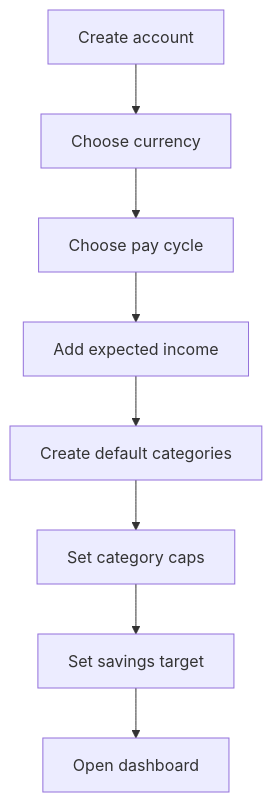
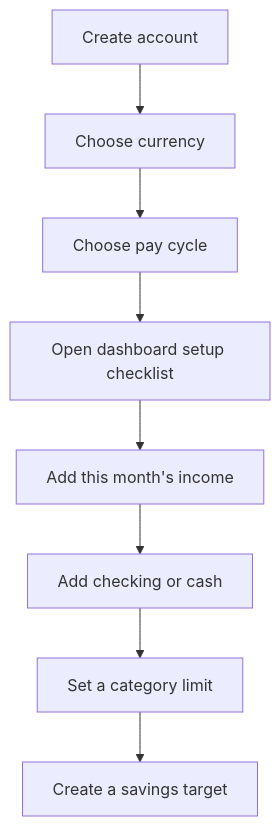
One commit to DalbirSodhi/Pocket-Mate changed the second of 9 diagrams in docs/user-flow.md. Above: the diagram before and after it, drawn with Mermaid. The commit also changed other lines of this file and 32 other files, not shown here.

````diff
--- a/docs/user-flow.md
+++ b/docs/user-flow.md
@@ -29,10 +29,10 @@
 ```mermaid
 flowchart TD
     A["Create account"] --> B["Choose currency"]
     B --> C["Choose pay cycle"]
-    C --> D["Add expected income"]
-    D --> E["Create default categories"]
-    E --> F["Set category caps"]
-    F --> G["Set savings target"]
-    G --> H["Open dashboard"]
+    C --> D["Open dashboard setup checklist"]
+    D --> E["Add this month's income"]
+    E --> F["Add checking or cash"]
+    F --> G["Set a category limit"]
+    G --> H["Create a savings target"]
 ```
````
